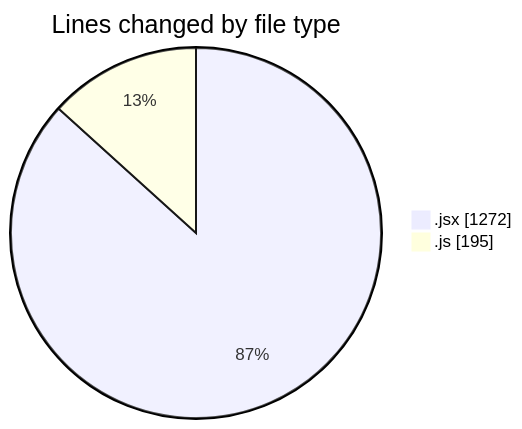
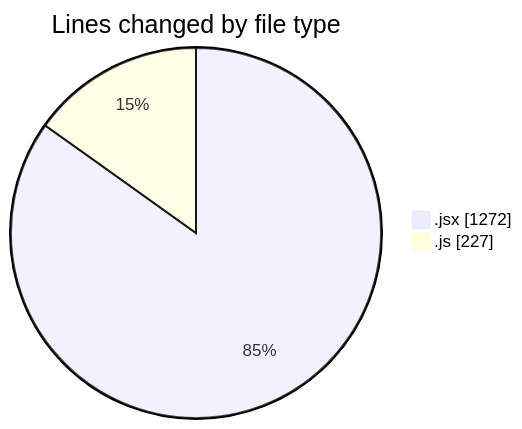
The first of 2 diagrams in 2025-05-19/nxtqube_webapp/README.md (nxtqubesakshisongat/code-tracking), drawn with Mermaid before and after one commit. The commit also changed other lines of this file and 1 other file, not shown here.

````diff
--- a/2025-05-19/nxtqube_webapp/README.md
+++ b/2025-05-19/nxtqube_webapp/README.md
@@ -26,6 +26,6 @@
 ```mermaid
 pie showData
 title Lines changed by file type
 ".jsx" : 1272
-".js" : 195
+".js" : 227
 ```
````
